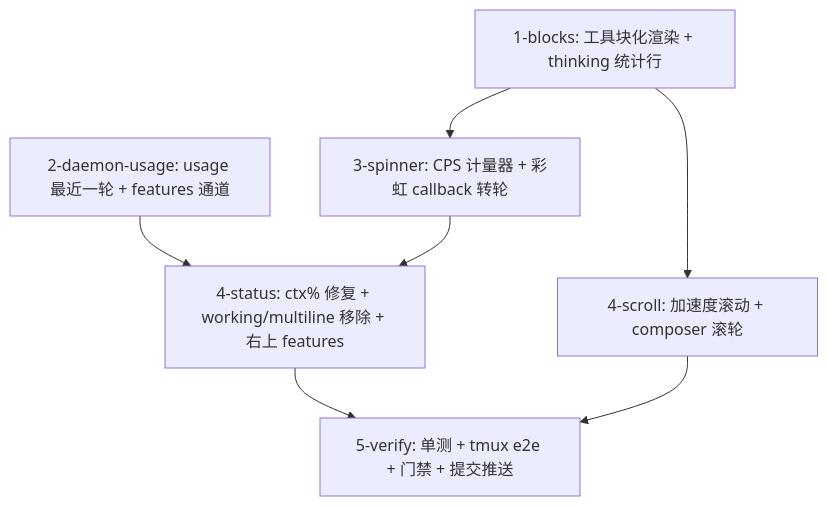
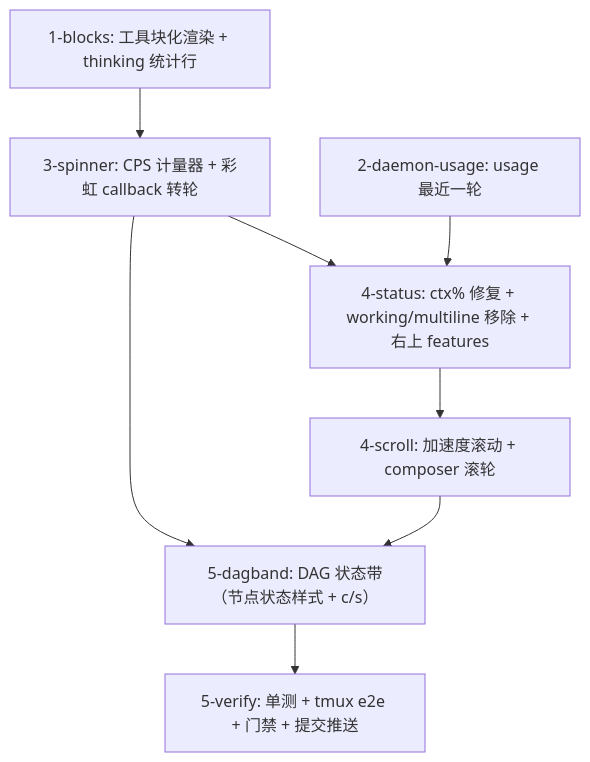
Before and after one commit to ptlzc/theway: the diagram in openspec/changes/tui-block-stats-spinner/tasks.md, drawn with Mermaid. The commit also changed other lines of this file and 2 other files, not shown here.

Commit message:
docs(#38): openspec — add DAG status band with node states + c/s stats; features derive from wire

````diff
--- a/openspec/changes/tui-block-stats-spinner/tasks.md
+++ b/openspec/changes/tui-block-stats-spinner/tasks.md
@@ -3,9 +3,10 @@
 ```mermaid
 graph TD
   A["1-blocks: 工具块化渲染 + thinking 统计行"] --> C["3-spinner: CPS 计量器 + 彩虹 callback 转轮"]
-  B["2-daemon-usage: usage 最近一轮 + features 通道"] --> D["4-status: ctx% 修复 + working/multiline 移除 + 右上 features"]
+  B["2-daemon-usage: usage 最近一轮"] --> D["4-status: ctx% 修复 + working/multiline 移除 + 右上 features"]
   C --> D
-  D --> E["5-verify: 单测 + tmux e2e + 门禁 + 提交推送"]
-  A --> F["4-scroll: 加速度滚动 + composer 滚轮"]
-  F --> E
+  D --> E["4-scroll: 加速度滚动 + composer 滚轮"]
+  C --> G["5-dagband: DAG 状态带（节点状态样式 + c/s）"]
+  E --> G
+  G --> F["5-verify: 单测 + tmux e2e + 门禁 + 提交推送"]
 ```
````
